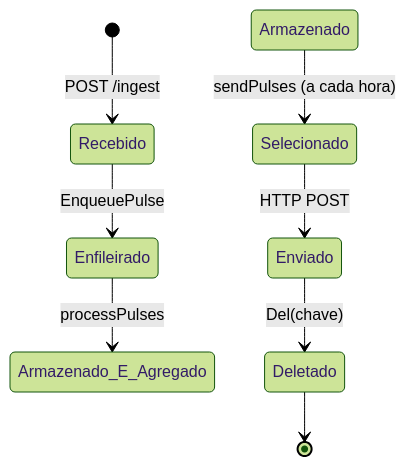
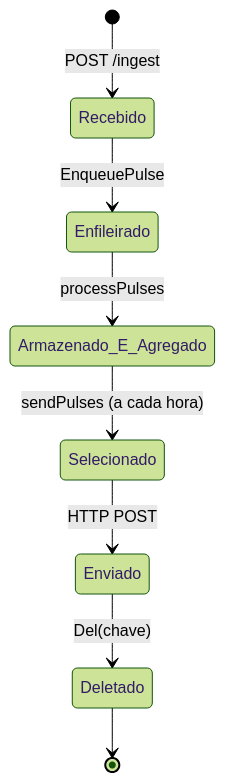
One commit to ThalysSilva/ingestor-consumo changed the fourth of 4 diagrams in README.md. Above: the diagram before and after it, drawn with Mermaid (forest theme).

Commit message:
fix: correção no diagrama de estados

````diff
--- a/README.md
+++ b/README.md
@@ -358,10 +358,10 @@
 ```mermaid
 stateDiagram-v2
     [*] --> Recebido: POST /ingest
     Recebido --> Enfileirado: EnqueuePulse
     Enfileirado --> Armazenado_E_Agregado: processPulses
-    Armazenado --> Selecionado: sendPulses (a cada hora)
+    Armazenado_E_Agregado --> Selecionado: sendPulses (a cada hora)
     Selecionado --> Enviado: HTTP POST
     Enviado --> Deletado: Del(chave)
     Deletado --> [*]
 ```
````
